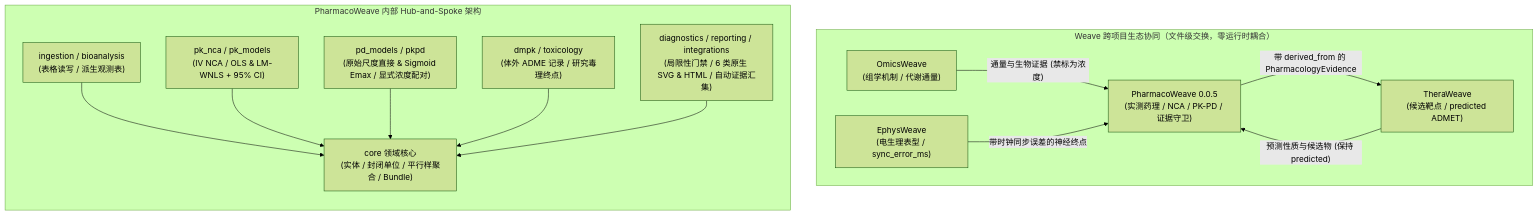
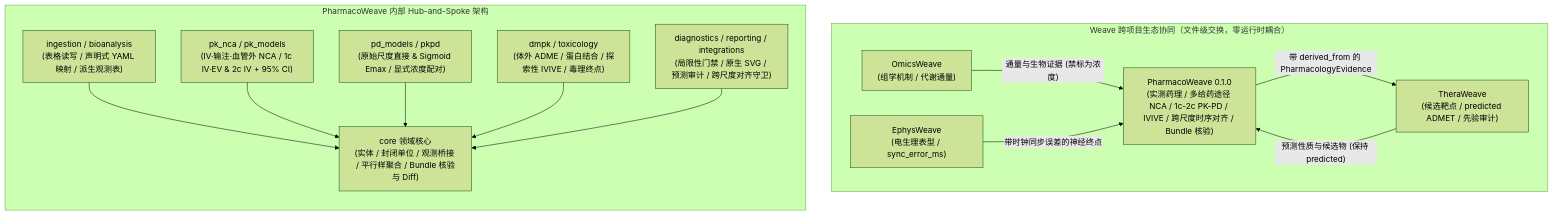
Before and after one commit to JianyunZhang/PharmacoWeave: the first of 2 diagrams in docs/project-evaluation.md, drawn with Mermaid (forest theme). The commit also changed other lines of this file and 112 other files, not shown here.

````diff
--- a/docs/project-evaluation.md
+++ b/docs/project-evaluation.md
@@ -27,23 +27,23 @@
 ```mermaid
 flowchart TB
     subgraph Ecosystem ["Weave 跨项目生态协同（文件级交换，零运行时耦合）"]
         OW["OmicsWeave<br/>(组学机制 / 代谢通量)"]
-        TW["TheraWeave<br/>(候选靶点 / predicted ADMET)"]
+        TW["TheraWeave<br/>(候选靶点 / predicted ADMET / 先验审计)"]
         EW["EphysWeave<br/>(电生理表型 / sync_error_ms)"]
-        PW["PharmacoWeave 0.0.5<br/>(实测药理 / NCA / PK-PD / 证据守卫)"]
+        PW["PharmacoWeave 0.1.0<br/>(实测药理 / 多给药途径 NCA / 1c-2c PK-PD / IVIVE / 跨尺度时序对齐 / Bundle 核验)"]
     end
 
     OW -->|"通量与生物证据 (禁标为浓度)"| PW
     TW -->|"预测性质与候选物 (保持 predicted)"| PW
     EW -->|"带时钟同步误差的神经终点"| PW
     PW -->|"带 derived_from 的 PharmacologyEvidence"| TW
 
     subgraph InternalArch ["PharmacoWeave 内部 Hub-and-Spoke 架构"]
         direction TB
-        Ingestion["ingestion / bioanalysis<br/>(表格读写 / 派生观测表)"] --> Core["core 领域核心<br/>(实体 / 封闭单位 / 平行样聚合 / Bundle)"]
-        PK["pk_nca / pk_models<br/>(IV NCA / OLS & LM-WNLS + 95% CI)"] --> Core
+        Ingestion["ingestion / bioanalysis<br/>(表格读写 / 声明式 YAML 映射 / 派生观测表)"] --> Core["core 领域核心<br/>(实体 / 封闭单位 / 观测桥接 / 平行样聚合 / Bundle 核验与 Diff)"]
+        PK["pk_nca / pk_models<br/>(IV·输注·血管外 NCA / 1c IV·EV & 2c IV + 95% CI)"] --> Core
         PD["pd_models / pkpd<br/>(原始尺度直接 & Sigmoid Emax / 显式浓度配对)"] --> Core
-        DMPKTox["dmpk / toxicology<br/>(体外 ADME 记录 / 研究毒理终点)"] --> Core
-        DiagRep["diagnostics / reporting / integrations<br/>(局限性门禁 / 6 类原生 SVG & HTML / 自动证据汇集)"] --> Core
+        DMPKTox["dmpk / toxicology<br/>(体外 ADME / 蛋白结合 / 探索性 IVIVE / 毒理终点)"] --> Core
+        DiagRep["diagnostics / reporting / integrations<br/>(局限性门禁 / 原生 SVG / 预测审计 / 跨尺度对齐守卫)"] --> Core
     end
 ```
````
